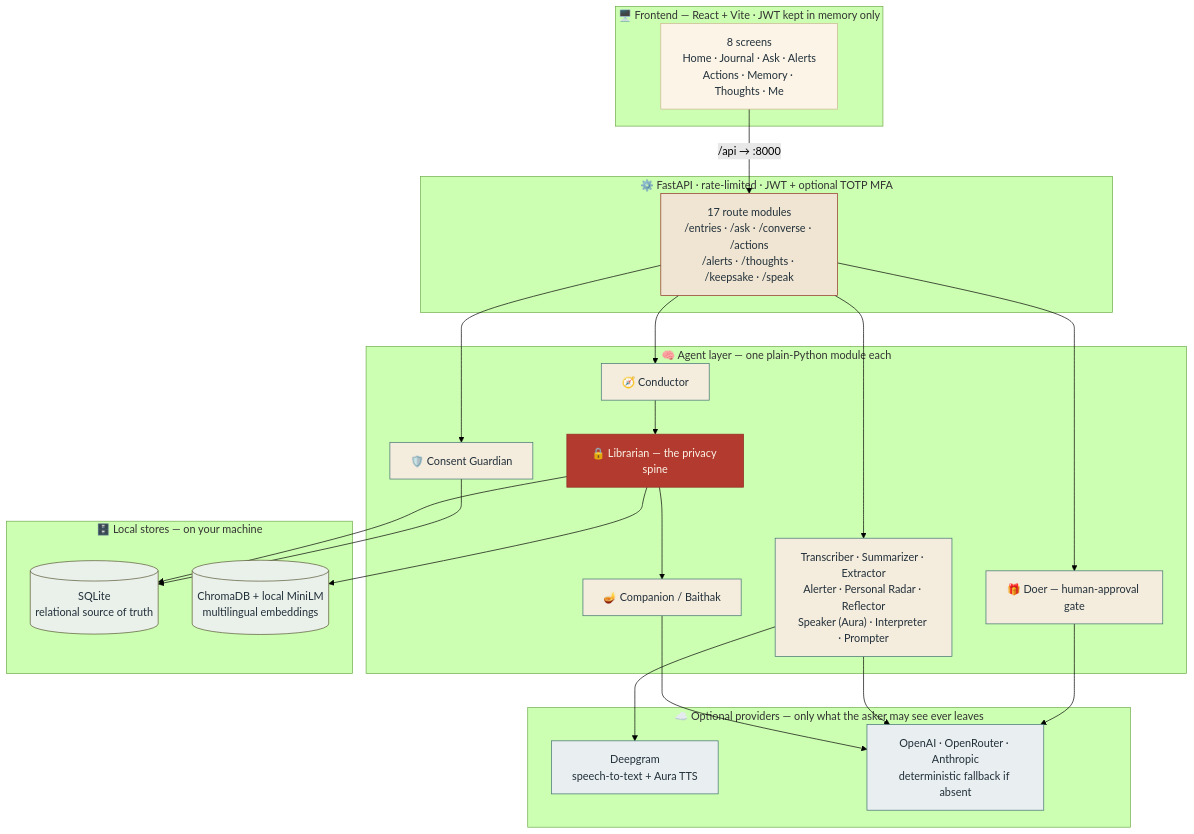
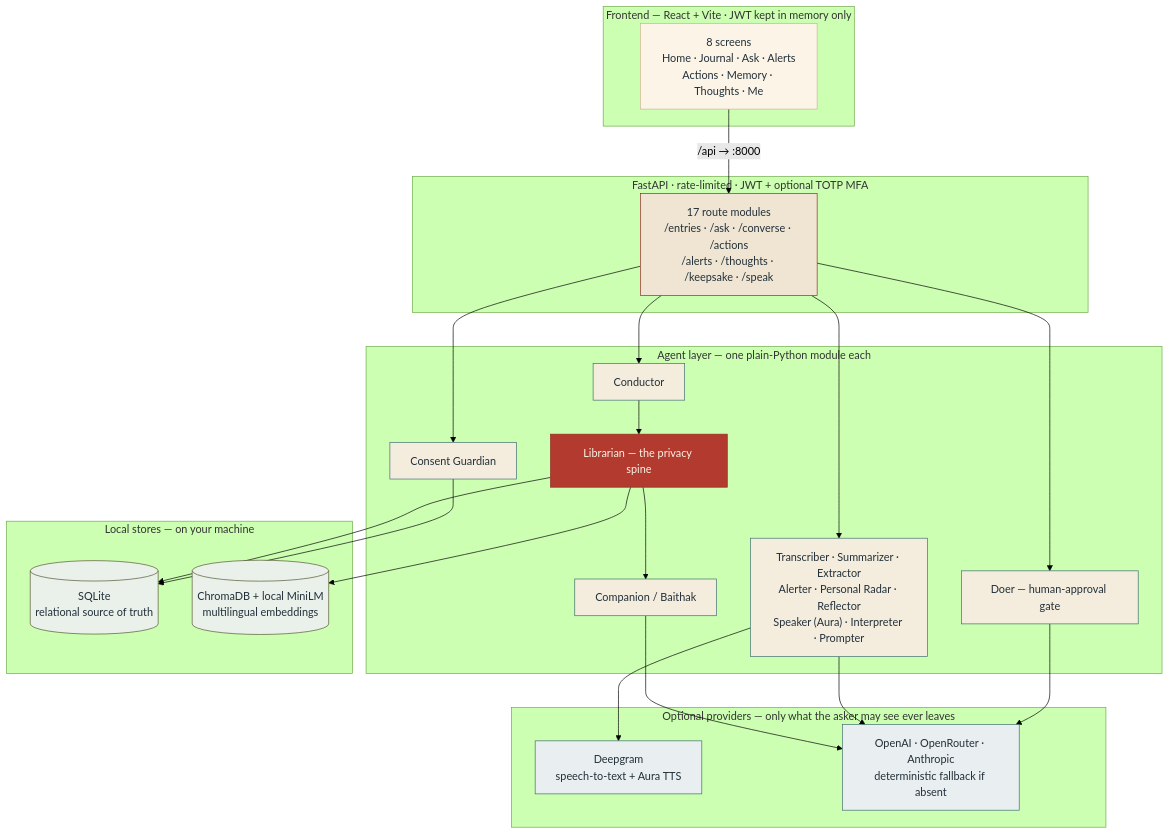
Before and after one commit to viditkbhatnagar/Aangan_AI_Journal: the first of 5 diagrams in README.md, drawn with Mermaid (forest theme). The commit also changed other lines of this file and 31 other files, not shown here.

````diff
--- a/README.md
+++ b/README.md
@@ -71,57 +71,57 @@
 ```mermaid
 flowchart TB
-    subgraph FE["🖥️  Frontend — React + Vite  ·  JWT kept in memory only"]
-        S["8 screens<br/>Home · Journal · Ask · Alerts<br/>Actions · Memory · Thoughts · Me"]
-    end
+ subgraph FE["Frontend — React + Vite · JWT kept in memory only"]
+ S["8 screens<br/>Home · Journal · Ask · Alerts<br/>Actions · Memory · Thoughts · Me"]
+ end
 
-    subgraph BE["⚙️  FastAPI  ·  rate-limited  ·  JWT + optional TOTP MFA"]
-        RT["17 route modules<br/>/entries · /ask · /converse · /actions<br/>/alerts · /thoughts · /keepsake · /speak"]
-    end
+ subgraph BE["FastAPI · rate-limited · JWT + optional TOTP MFA"]
+ RT["17 route modules<br/>/entries · /ask · /converse · /actions<br/>/alerts · /thoughts · /keepsake · /speak"]
+ end
 
-    subgraph AG["🧠  Agent layer — one plain-Python module each"]
-        COND["🧭 Conductor"]
-        LIB["🔒 Librarian — the privacy spine"]
-        CG["🛡️ Consent Guardian"]
-        COMP["🪔 Companion / Baithak"]
-        DOER["🎁 Doer — human-approval gate"]
-        MORE["Transcriber · Summarizer · Extractor<br/>Alerter · Personal Radar · Reflector<br/>Speaker (Aura) · Interpreter · Prompter"]
-    end
+ subgraph AG["Agent layer — one plain-Python module each"]
+ COND["Conductor"]
+ LIB["Librarian — the privacy spine"]
+ CG["Consent Guardian"]
+ COMP["Companion / Baithak"]
+ DOER["Doer — human-approval gate"]
+ MORE["Transcriber · Summarizer · Extractor<br/>Alerter · Personal Radar · Reflector<br/>Speaker (Aura) · Interpreter · Prompter"]
+ end
 
-    subgraph ST["🗄️  Local stores — on your machine"]
-        DB[("SQLite<br/>relational source of truth")]
-        VS[("ChromaDB + local MiniLM<br/>multilingual embeddings")]
-    end
+ subgraph ST["Local stores — on your machine"]
+ DB[("SQLite<br/>relational source of truth")]
+ VS[("ChromaDB + local MiniLM<br/>multilingual embeddings")]
+ end
 
-    subgraph EX["☁️  Optional providers — only what the asker may see ever leaves"]
-        DG["Deepgram<br/>speech-to-text + Aura TTS"]
-        AI["OpenAI · OpenRouter · Anthropic<br/>deterministic fallback if absent"]
-    end
+ subgraph EX["Optional providers — only what the asker may see ever leaves"]
+ DG["Deepgram<br/>speech-to-text + Aura TTS"]
+ AI["OpenAI · OpenRouter · Anthropic<br/>deterministic fallback if absent"]
+ end
 
-    S -->|"/api → :8000"| RT
-    RT --> COND
-    RT --> CG
-    RT --> DOER
-    RT --> MORE
-    COND --> LIB
-    LIB --> COMP
-    LIB --> DB
-    LIB --> VS
-    CG --> DB
-    COMP --> AI
-    MORE --> DG
-    MORE --> AI
-    DOER --> AI
+ S -->|"/api → :8000"| RT
+ RT --> COND
+ RT --> CG
+ RT --> DOER
+ RT --> MORE
+ COND --> LIB
+ LIB --> COMP
+ LIB --> DB
+ LIB --> VS
+ CG --> DB
+ COMP --> AI
+ MORE --> DG
+ MORE --> AI
+ DOER --> AI
 
-    classDef fe fill:#FBF4E7,stroke:#C9B58E,color:#22303a;
-    classDef be fill:#EFE5D2,stroke:#8E2C22,color:#22303a;
-    classDef ag fill:#F4ECDD,stroke:#3E6E70,color:#22303a;
-    classDef spine fill:#B23A2E,stroke:#8E2C22,color:#FBF3E6;
-    classDef st fill:#EAF0EA,stroke:#565633,color:#22303a;
-    classDef ex fill:#E9EEF0,stroke:#3E6E70,color:#22303a;
-    class S fe;
-    class RT be;
-    class COND,CG,COMP,DOER,MORE ag;
-    class LIB spine;
-    class DB,VS st;
-    class DG,AI ex;
+ classDef fe fill:#FBF4E7,stroke:#C9B58E,color:#22303a;
+ classDef be fill:#EFE5D2,stroke:#8E2C22,color:#22303a;
+ classDef ag fill:#F4ECDD,stroke:#3E6E70,color:#22303a;
+ classDef spine fill:#B23A2E,stroke:#8E2C22,color:#FBF3E6;
+ classDef st fill:#EAF0EA,stroke:#565633,color:#22303a;
+ classDef ex fill:#E9EEF0,stroke:#3E6E70,color:#22303a;
+ class S fe;
+ class RT be;
+ class COND,CG,COMP,DOER,MORE ag;
+ class LIB spine;
+ class DB,VS st;
+ class DG,AI ex;
 ```
````
